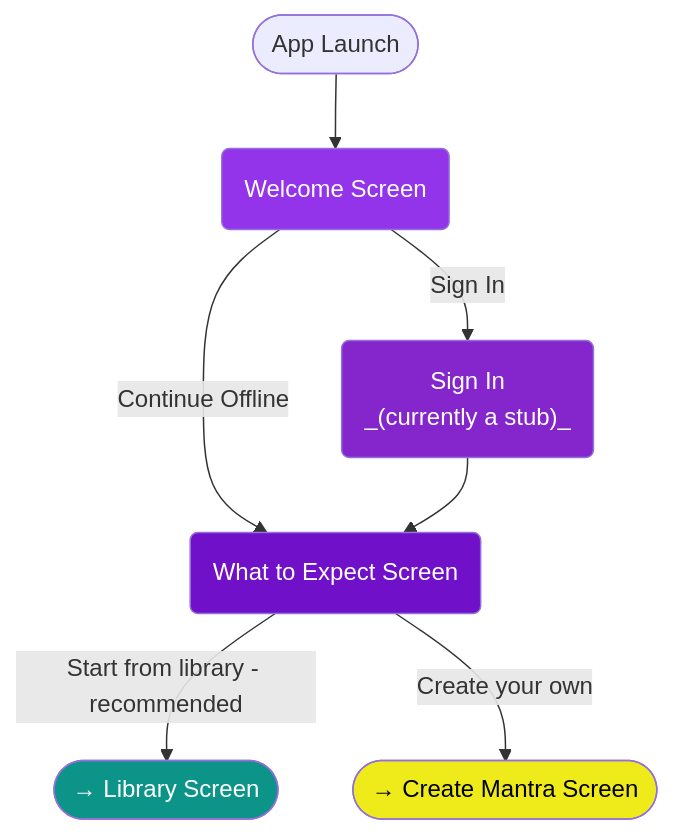
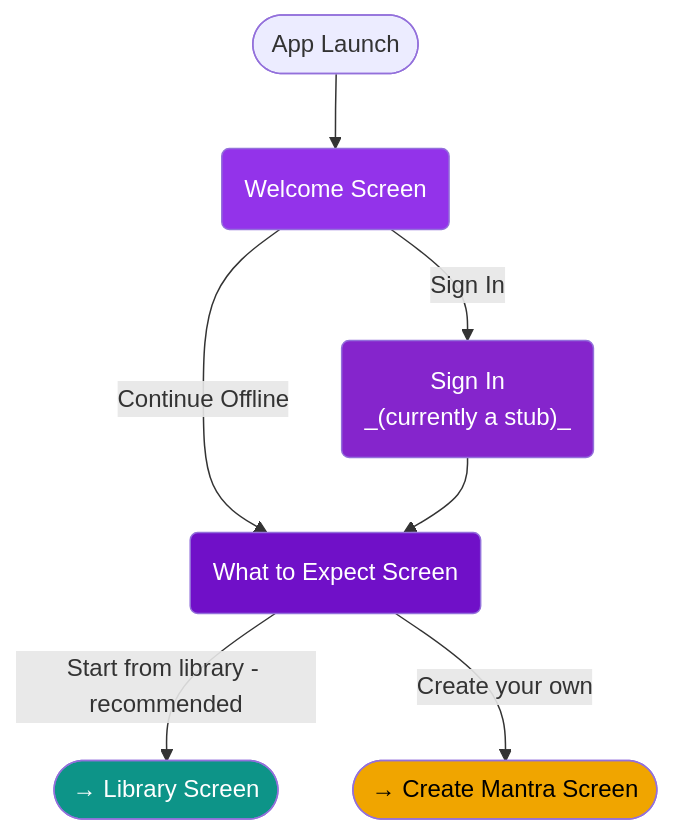
The first of 11 diagrams in docs/product/app_flowchart.md (E-Brons/MyMantra), drawn with Mermaid before and after one commit. The commit also changed other lines of this file and 1 other file, not shown here.

First line of the commit message:
doc: app_flowchart v0.3 — two-screen model + implementation plan

````diff
--- a/docs/product/app_flowchart.md
+++ b/docs/product/app_flowchart.md
@@ -32,16 +32,16 @@
 ```mermaid
 graph TD
     LAUNCH([App Launch]) --> WELCOME(Welcome Screen)
     WELCOME -->|Sign In| SIGNIN("Sign In <br/> _(currently a stub)_")
     WELCOME -->|Continue Offline| ONBOARD(What to Expect Screen)
     SIGNIN --> ONBOARD
 
     ONBOARD -->|"Start from library" - recommended| LIBRARY([→ Library Screen])
     ONBOARD -->|"Create your own"| CREATE([→ Create Mantra Screen])
 
     style WELCOME fill:#9333ea,color:#fff
     style SIGNIN fill:#8525cc,color:#fff
     style ONBOARD fill:#7010c8,color:#fff
     style LIBRARY fill:#0d9488,color:#fff
-    style CREATE fill:#EFEB1B,color:#000
+    style CREATE fill:#f0a500,color:#000
 ```
````
